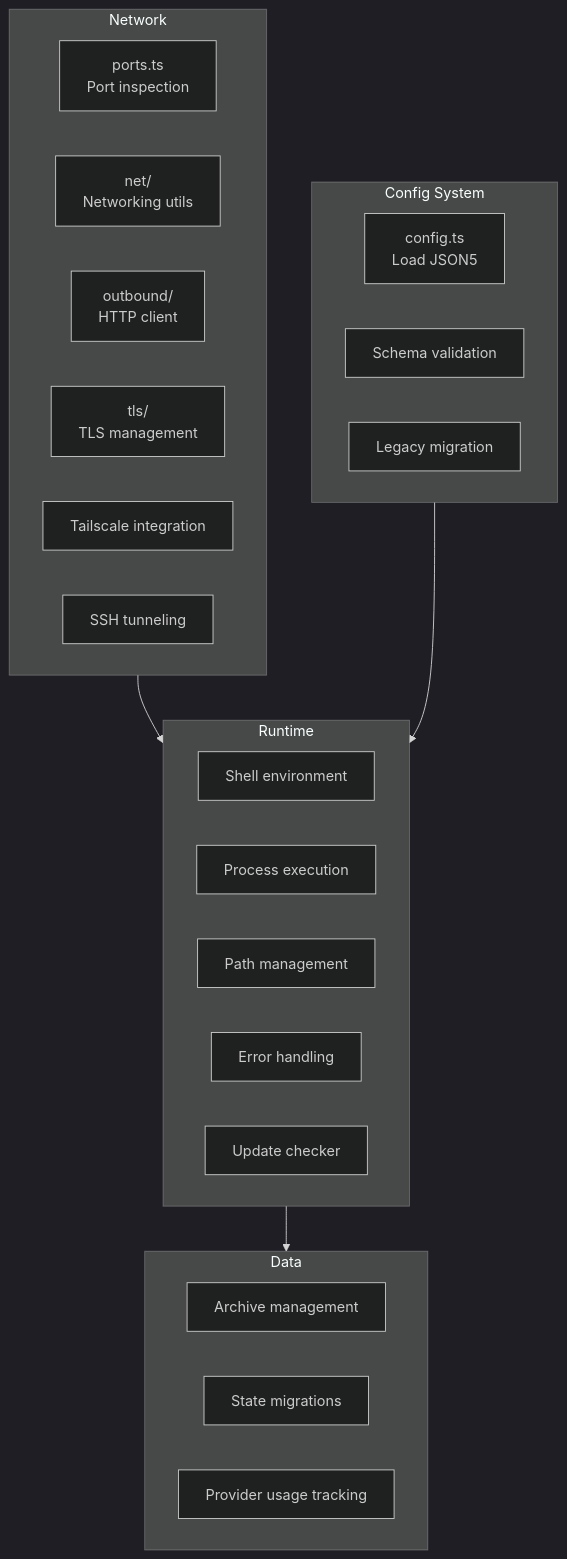
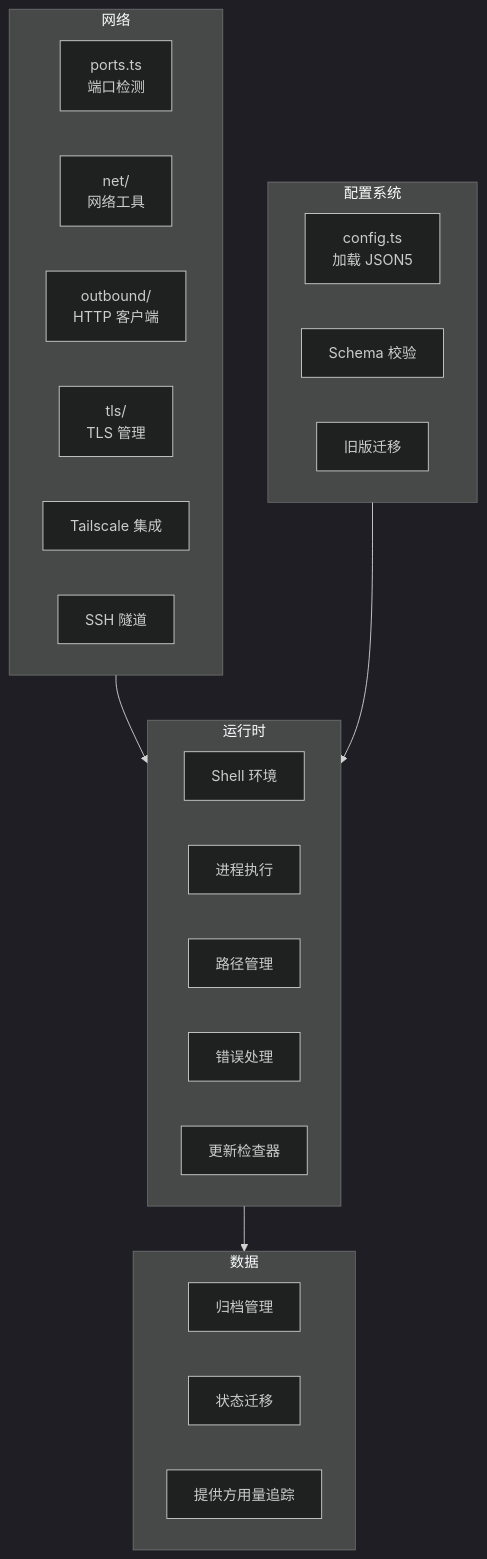
The tenth of 15 diagrams in docs/reference/architecture.md (dqaria/openclaw), drawn with Mermaid (dark theme) before and after one commit. The commit also changed other lines of this file, not shown here.

First line of the commit message:
docs: rewrite architecture documentation in Chinese

````diff
--- a/docs/reference/architecture.md
+++ b/docs/reference/architecture.md
@@ -485,35 +485,35 @@
 ```mermaid
 graph TB
-    subgraph Network["Network"]
-        PORTS[ports.ts<br/>Port inspection]
-        NET[net/<br/>Networking utils]
-        OUTBOUND[outbound/<br/>HTTP client]
-        TLS_MOD[tls/<br/>TLS management]
-        TAILSCALE[Tailscale integration]
-        SSH[SSH tunneling]
+    subgraph Network["网络"]
+        PORTS["ports.ts<br/>端口检测"]
+        NET["net/<br/>网络工具"]
+        OUTBOUND["outbound/<br/>HTTP 客户端"]
+        TLS_MOD["tls/<br/>TLS 管理"]
+        TAILSCALE[Tailscale 集成]
+        SSH[SSH 隧道]
     end
 
-    subgraph Runtime["Runtime"]
-        ENV[Shell environment]
-        EXEC[Process execution]
-        PATHS[Path management]
-        ERRORS[Error handling]
-        UPDATES[Update checker]
+    subgraph Runtime["运行时"]
+        ENV[Shell 环境]
+        EXEC[进程执行]
+        PATHS[路径管理]
+        ERRORS[错误处理]
+        UPDATES[更新检查器]
     end
 
-    subgraph Data["Data"]
-        ARCHIVE[Archive management]
-        MIGRATIONS[State migrations]
-        PROVIDER_USAGE[Provider usage tracking]
+    subgraph Data["数据"]
+        ARCHIVE[归档管理]
+        MIGRATIONS[状态迁移]
+        PROVIDER_USAGE[提供方用量追踪]
     end
 
-    subgraph Config["Config System"]
-        CFG_LOAD[config.ts<br/>Load JSON5]
-        CFG_SCHEMA[Schema validation]
-        CFG_MIGRATE[Legacy migration]
+    subgraph Config["配置系统"]
+        CFG_LOAD["config.ts<br/>加载 JSON5"]
+        CFG_SCHEMA[Schema 校验]
+        CFG_MIGRATE[旧版迁移]
     end
 
     Network --> Runtime
     Runtime --> Data
     Config --> Runtime
 ```
````
